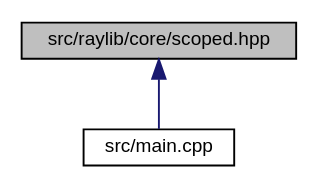
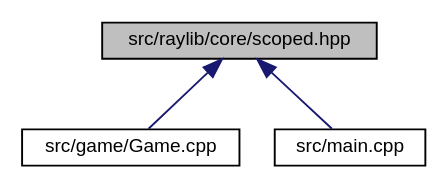
Before and after one commit to MisterPeModder/Bomberman-Global-Offensive: the diagram in scoped_8hpp__dep__incl.dot, drawn with Graphviz. The commit also changed 674 other files, not shown here.

```diff
--- a/scoped_8hpp__dep__incl.dot
+++ b/scoped_8hpp__dep__incl.dot
@@ -1,9 +1,11 @@
 digraph "src/raylib/core/scoped.hpp"
 {
  // LATEX_PDF_SIZE
   edge [fontname="Helvetica",fontsize="10",labelfontname="Helvetica",labelfontsize="10"];
   node [fontname="Helvetica",fontsize="10",shape=record];
   Node1 [label="src/raylib/core/scoped.hpp",height=0.2,width=0.4,color="black", fillcolor="grey75", style="filled", fontcolor="black",tooltip=" "];
   Node1 -> Node2 [dir="back",color="midnightblue",fontsize="10",style="solid",fontname="Helvetica"];
-  Node2 [label="src/main.cpp",height=0.2,width=0.4,color="black", fillcolor="white", style="filled",URL="$main_8cpp.html",tooltip=" "];
+  Node2 [label="src/game/Game.cpp",height=0.2,width=0.4,color="black", fillcolor="white", style="filled",URL="$_game_8cpp.html",tooltip=" "];
+  Node1 -> Node3 [dir="back",color="midnightblue",fontsize="10",style="solid",fontname="Helvetica"];
+  Node3 [label="src/main.cpp",height=0.2,width=0.4,color="black", fillcolor="white", style="filled",URL="$main_8cpp.html",tooltip=" "];
 }
```
